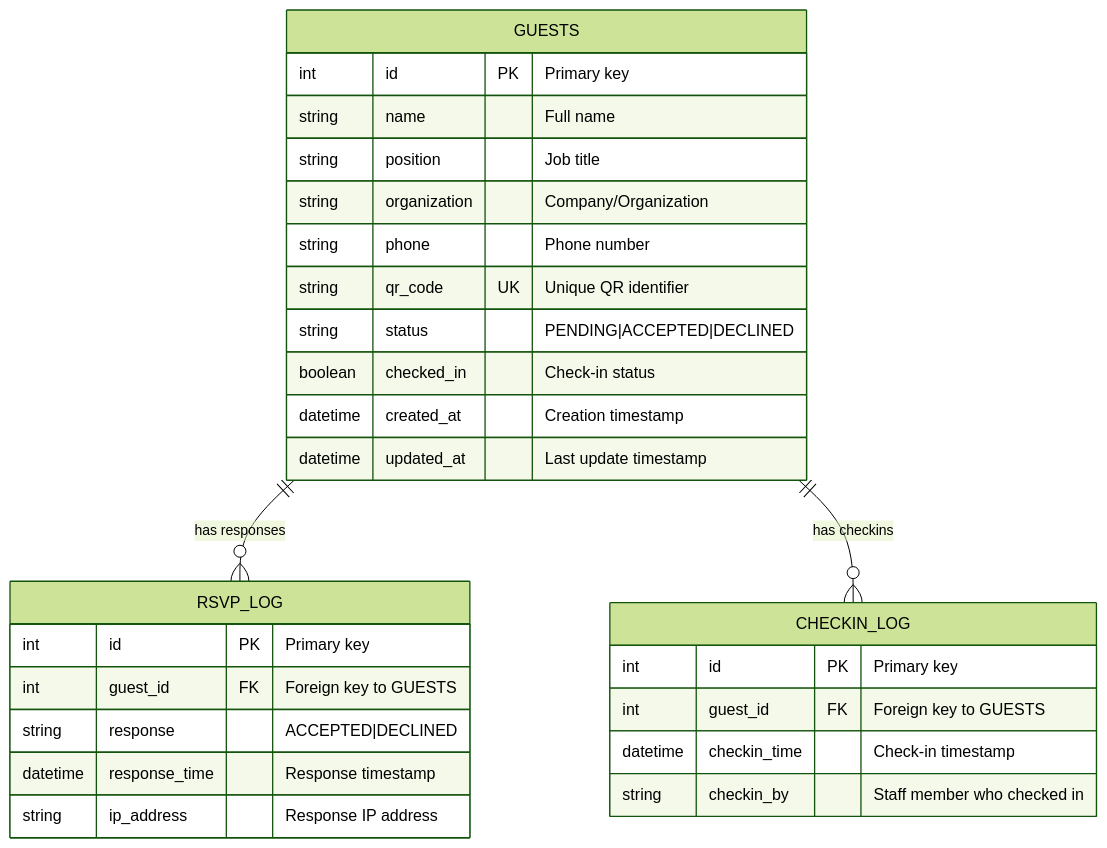
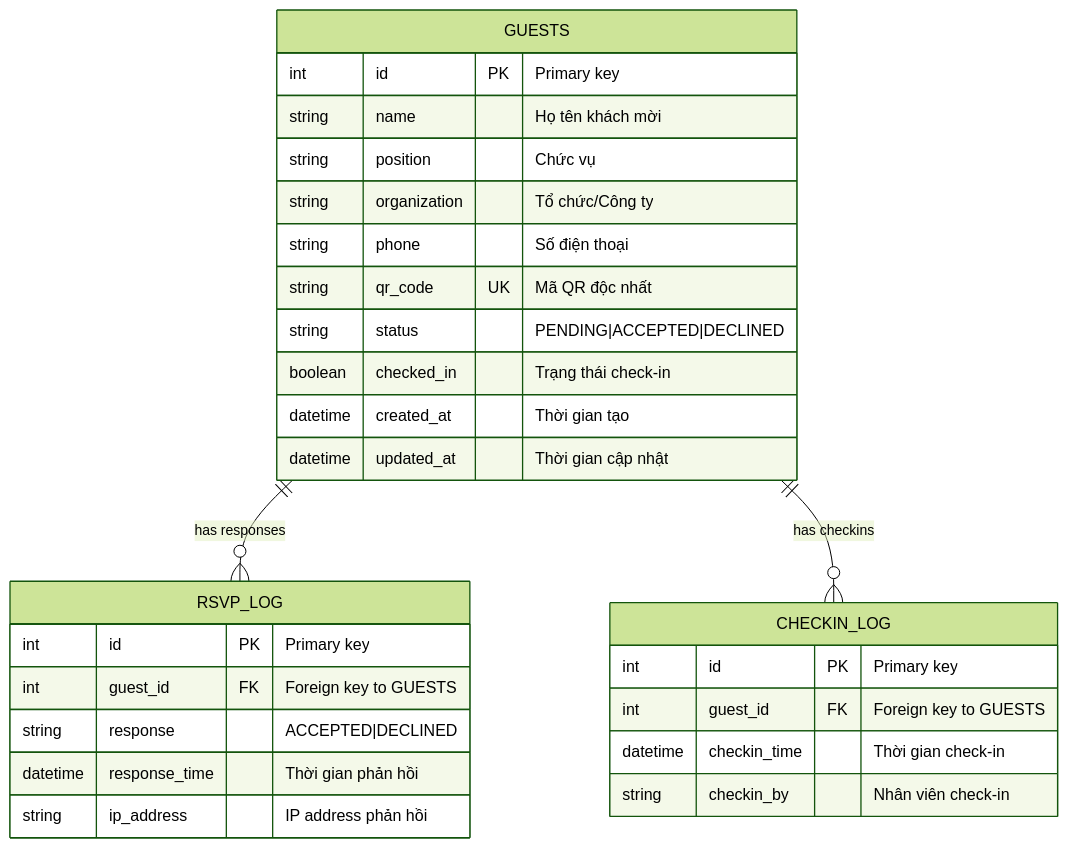
The fifth of 6 diagrams in PROJECT_REPORT.md (quanghai2k4/gms), drawn with Mermaid (forest theme) before and after one commit. The commit also changed other lines of this file, not shown here.

````diff
--- a/PROJECT_REPORT.md
+++ b/PROJECT_REPORT.md
@@ -232,33 +184,33 @@
 ```mermaid
 erDiagram
     GUESTS {
         int id PK "Primary key"
-        string name "Full name"
-        string position "Job title"
-        string organization "Company/Organization"
-        string phone "Phone number"
-        string qr_code UK "Unique QR identifier"
+        string name "Họ tên khách mời"
+        string position "Chức vụ"
+        string organization "Tổ chức/Công ty"
+        string phone "Số điện thoại"
+        string qr_code UK "Mã QR độc nhất"
         string status "PENDING|ACCEPTED|DECLINED"
-        boolean checked_in "Check-in status"
-        datetime created_at "Creation timestamp"
-        datetime updated_at "Last update timestamp"
+        boolean checked_in "Trạng thái check-in"
+        datetime created_at "Thời gian tạo"
+        datetime updated_at "Thời gian cập nhật"
     }
     
     RSVP_LOG {
         int id PK "Primary key"
         int guest_id FK "Foreign key to GUESTS"
         string response "ACCEPTED|DECLINED"
-        datetime response_time "Response timestamp"
-        string ip_address "Response IP address"
+        datetime response_time "Thời gian phản hồi"
+        string ip_address "IP address phản hồi"
     }
     
     CHECKIN_LOG {
         int id PK "Primary key"
         int guest_id FK "Foreign key to GUESTS"
-        datetime checkin_time "Check-in timestamp"
-        string checkin_by "Staff member who checked in"
+        datetime checkin_time "Thời gian check-in"
+        string checkin_by "Nhân viên check-in"
     }
     
     GUESTS ||--o{ RSVP_LOG : "has responses"
     GUESTS ||--o{ CHECKIN_LOG : "has checkins"
 ```
````
